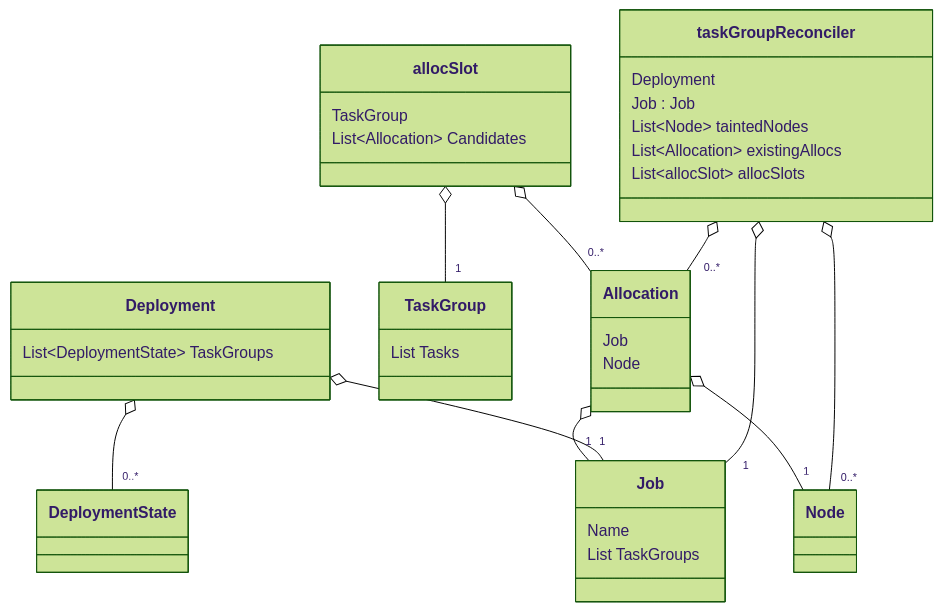
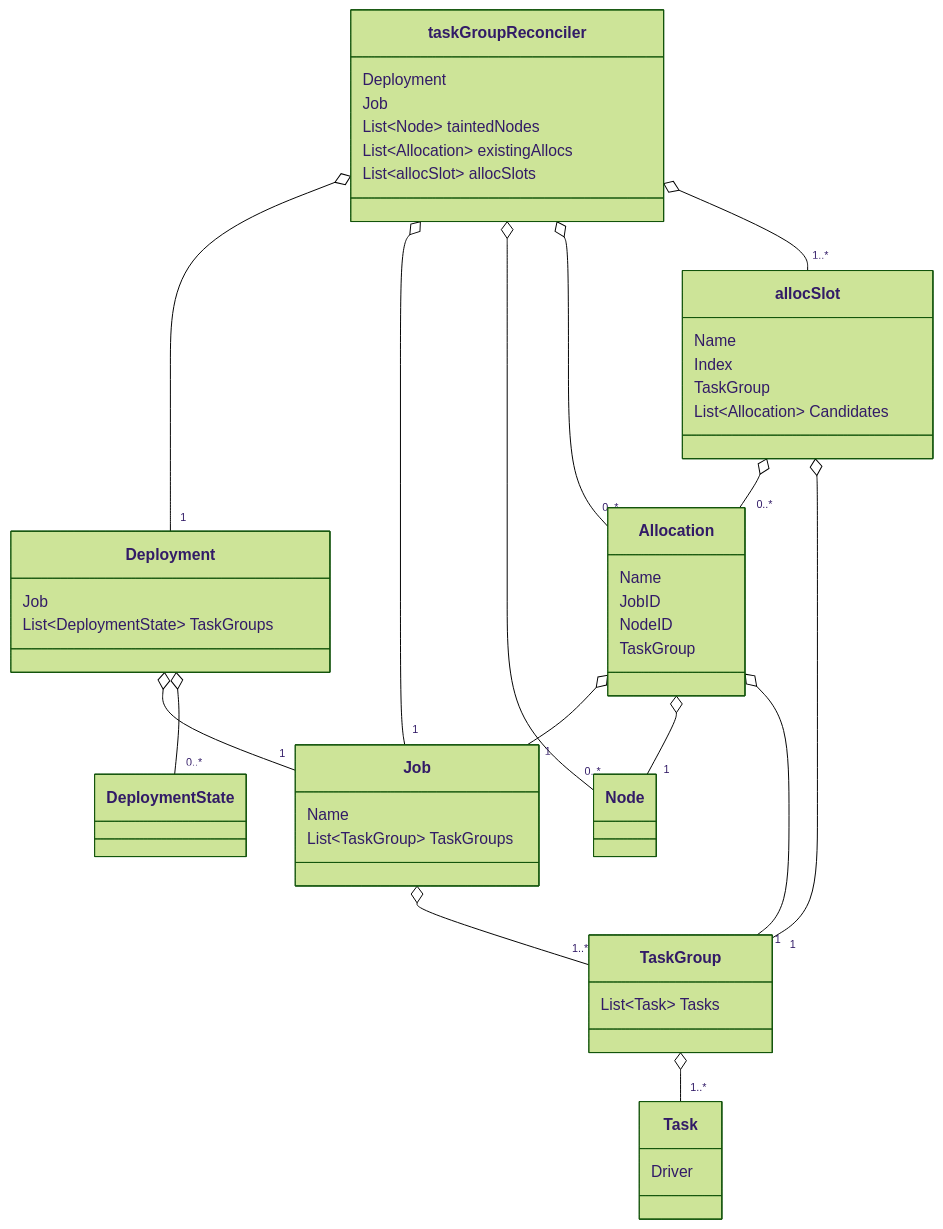
One commit to hashicorp/nomad changed the diagram in scheduler/TASK_GROUP_RECONCILER.md. Above: the diagram before and after it, drawn with Mermaid (forest theme). The commit also changed other lines of this file, not shown here.

Commit message:
Update class diagram

````diff
--- a/scheduler/TASK_GROUP_RECONCILER.md
+++ b/scheduler/TASK_GROUP_RECONCILER.md
@@ -58,50 +60,62 @@
 ```mermaid
 classDiagram
     class taskGroupReconciler {
       Deployment
-      Job : Job
+      Job
       List~Node~ taintedNodes
       List~Allocation~ existingAllocs
       List~allocSlot~ allocSlots
     }
 
-    class Deployment {
-      List~DeploymentState~ TaskGroups
+    class allocSlot {
+      Name
+      Index
+      TaskGroup
+      List~Allocation~ Candidates
     }
 
-    class DeploymentState {
-
+    class Deployment {
+      Job
+      List~DeploymentState~ TaskGroups
     }
 
     class Job {
       Name
-      List<TaskGroup> TaskGroups
+      List~TaskGroup~ TaskGroups
     }
 
     class TaskGroup {
-      List<Task> Tasks
+      List~Task~ Tasks
+    }
+
+    class Task {
+      Driver
     }
 
     class Allocation {
-      Job
-      Node
+      Name
+      JobID
+      NodeID
+      TaskGroup
     }
 
-    class allocSlot {
-      TaskGroup
-      List~Allocation~ Candidates
-    }
-
+    taskGroupReconciler o-- "1" Deployment
+    taskGroupReconciler o-- "1" Job
+    taskGroupReconciler o-- "0..*" Node
     taskGroupReconciler o-- "0..*" Allocation
-    taskGroupReconciler o-- "0..*" Node
-    taskGroupReconciler o-- "1" Job
+    taskGroupReconciler o-- "1..*" allocSlot
 
     Deployment o-- "1" Job
     Deployment o-- "0..*" DeploymentState
 
+    Job o-- "1..*" TaskGroup
+
+    TaskGroup o-- "1..*" Task
+
     Allocation o-- "1" Job
     Allocation o-- "1" Node
+    Allocation o-- "1" TaskGroup
 
     allocSlot o-- "0..*" Allocation
     allocSlot o-- "1" TaskGroup
 ```
````
